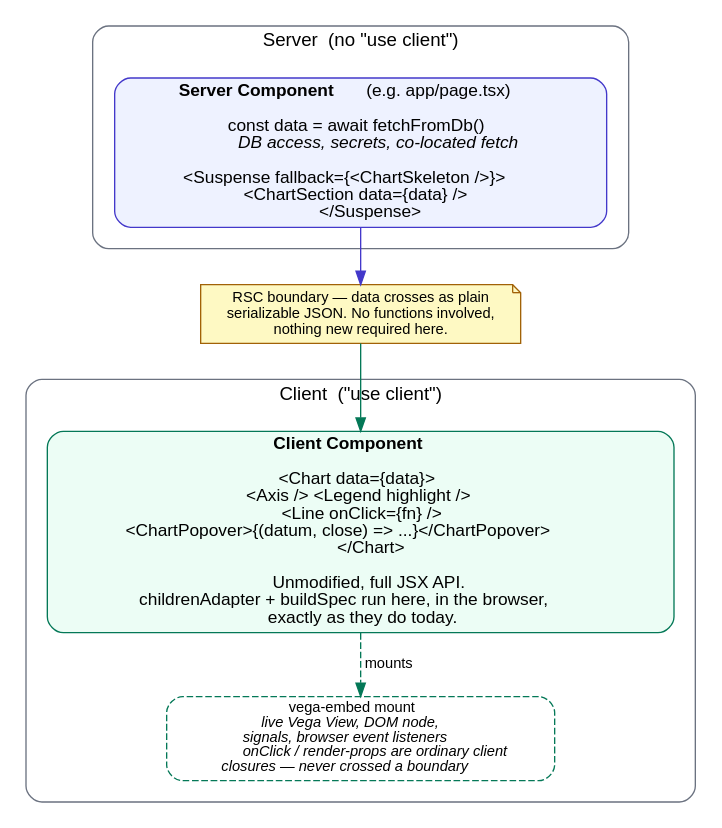
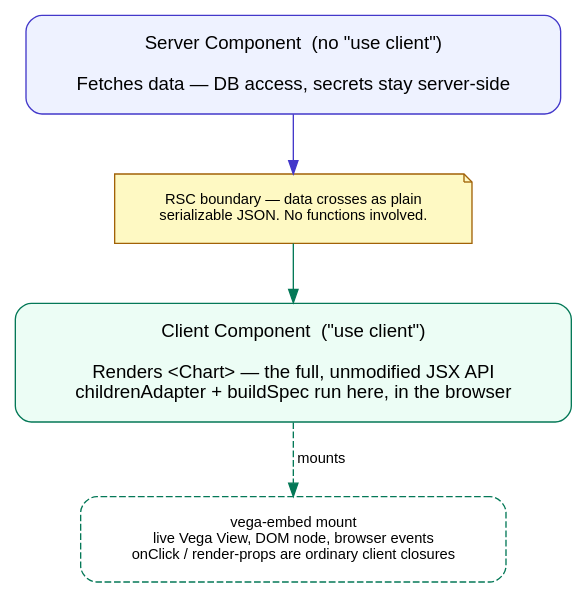
One commit to adobe/react-spectrum-charts changed the diagram in planning/research/rsc-support/rsc-rendering-flow.dot. Above: the diagram before and after it, drawn with Graphviz. The commit also changed 3 other files, not shown here.

First line of the commit message:
docs: simplify RSC rendering-flow diagram

```diff
--- a/planning/research/rsc-support/rsc-rendering-flow.dot
+++ b/planning/research/rsc-support/rsc-rendering-flow.dot
@@ -1,62 +1,33 @@
 digraph rsc_rendering_flow {
   rankdir=TB;
   fontname="Helvetica";
   bgcolor="white";
-  node [fontname="Helvetica", shape=box, style="rounded,filled", fontsize=13];
+  nodesep=0.5;
+  ranksep=0.6;
+  node [fontname="Helvetica", shape=box, style="rounded,filled", fontsize=14, margin="0.3,0.2"];
   edge [fontname="Helvetica", fontsize=11];
 
-  subgraph cluster_server {
-    label="Server  (no \"use client\")";
-    fontsize=14;
-    style="rounded";
-    color="#6b7280";
-    margin=16;
-
-    server [
-      label=<<b>Server Component</b>  (e.g. app/page.tsx)<br/><br/>
-             const data = await fetchFromDb()<br/>
-             <i>DB access, secrets, co-located fetch</i><br/><br/>
-             &lt;Suspense fallback={&lt;ChartSkeleton /&gt;}&gt;<br/>
-             &nbsp;&nbsp;&lt;ChartSection data={data} /&gt;<br/>
-             &lt;/Suspense&gt;>,
-      fillcolor="#eef2ff", color="#4338ca"
-    ];
-  }
+  server [
+    label="Server Component  (no \"use client\")\n\nFetches data — DB access, secrets stay server-side",
+    fillcolor="#eef2ff", color="#4338ca"
+  ];
 
   boundary [
-    label="RSC boundary — data crosses as plain\nserializable JSON. No functions involved,\nnothing new required here.",
+    label="RSC boundary — data crosses as plain\nserializable JSON. No functions involved.",
     shape=note, fillcolor="#fef9c3", color="#a16207", fontsize=11
   ];
 
-  subgraph cluster_client {
-    label="Client  (\"use client\")";
-    fontsize=14;
-    style="rounded";
-    color="#6b7280";
-    margin=16;
+  client [
+    label="Client Component  (\"use client\")\n\nRenders <Chart> — the full, unmodified JSX API\nchildrenAdapter + buildSpec run here, in the browser",
+    fillcolor="#ecfdf5", color="#047857"
+  ];
 
-    client [
-      label=<<b>Client Component</b><br/><br/>
-             &lt;Chart data={data}&gt;<br/>
-             &nbsp;&nbsp;&lt;Axis /&gt; &lt;Legend highlight /&gt;<br/>
-             &nbsp;&nbsp;&lt;Line onClick={fn} /&gt;<br/>
-             &nbsp;&nbsp;&lt;ChartPopover&gt;{(datum, close) =&gt; ...}&lt;/ChartPopover&gt;<br/>
-             &lt;/Chart&gt;<br/><br/>
-             Unmodified, full JSX API.<br/>
-             childrenAdapter + buildSpec run here, in the browser,<br/>
-             exactly as they do today.>,
-      fillcolor="#ecfdf5", color="#047857"
-    ];
-
-    vega [
-      label=<vega-embed mount<br/><i>live Vega View, DOM node,<br/>signals, browser event listeners</i><br/>
-             <i>onClick / render-props are ordinary client<br/>closures — never crossed a boundary</i>>,
-      fillcolor="#ffffff", color="#047857", style="rounded,dashed", fontsize=11
-    ];
-
-    client -> vega [style=dashed, color="#047857", label="mounts"];
-  }
+  vega [
+    label="vega-embed mount\nlive Vega View, DOM node, browser events\nonClick / render-props are ordinary client closures",
+    style="rounded,dashed", fillcolor="white", color="#047857", fontsize=11
+  ];
 
   server -> boundary [color="#4338ca"];
   boundary -> client [color="#047857"];
+  client -> vega [style=dashed, color="#047857", label="mounts"];
 }
```
